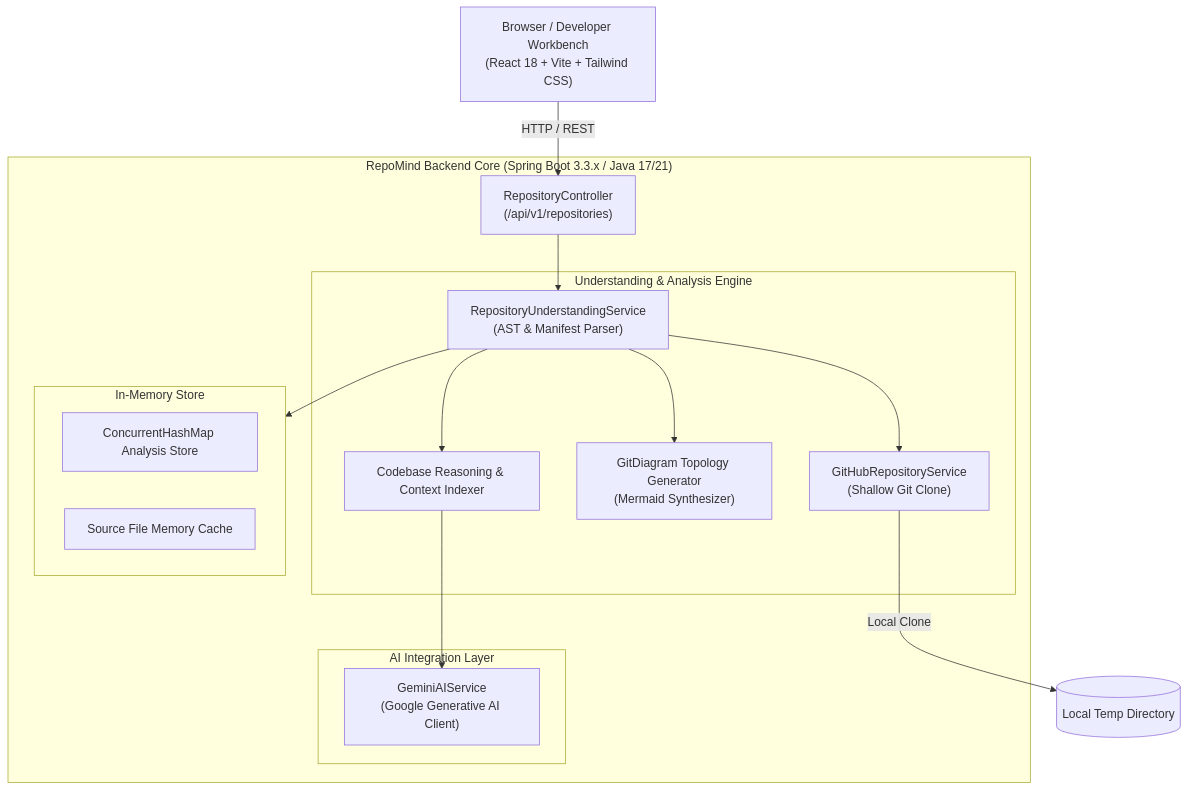
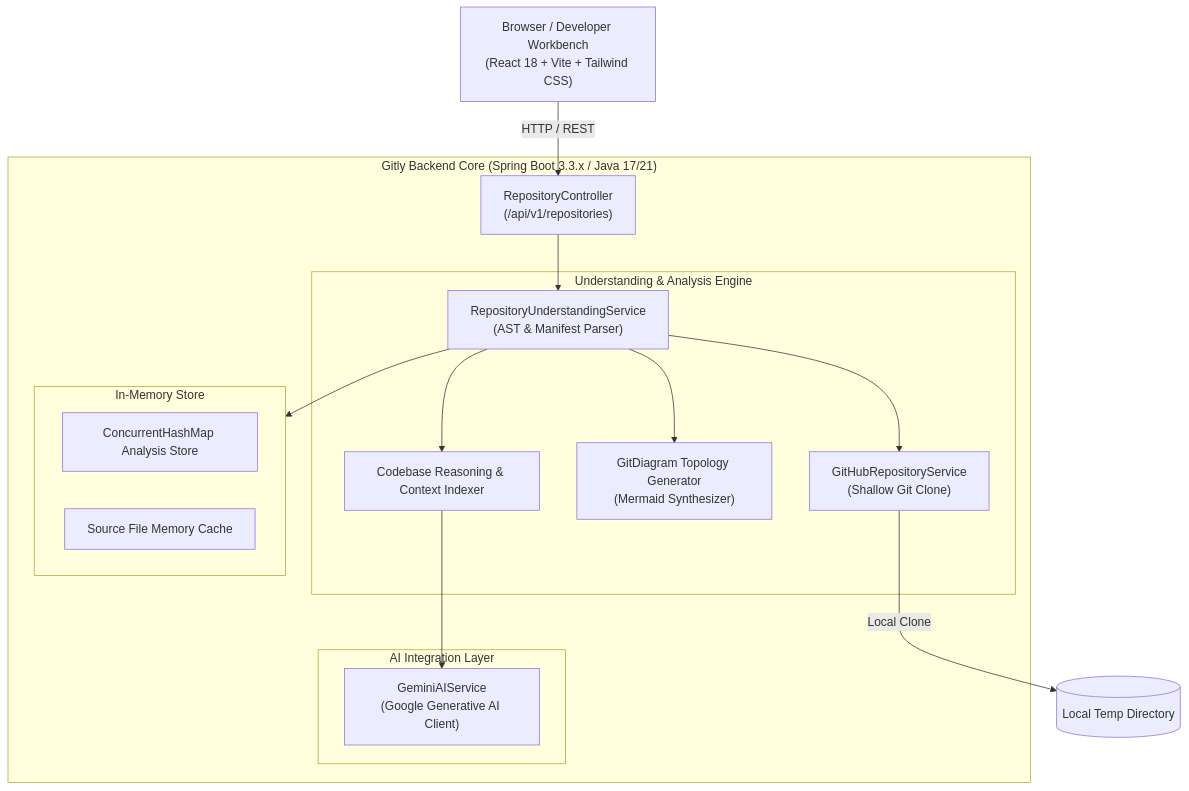
One commit to Pranay898/AI_Repo_mind changed the diagram in README.md. Above: the diagram before and after it, drawn with Mermaid. The commit also changed other lines of this file and 10 other files, not shown here.

````diff
--- a/README.md
+++ b/README.md
@@ -49,33 +47,33 @@
 ```mermaid
 flowchart TB
     Client["Browser / Developer Workbench\n(React 18 + Vite + Tailwind CSS)"]
 
-    subgraph Backend ["RepoMind Backend Core (Spring Boot 3.3.x / Java 17/21)"]
+    subgraph Backend ["Gitly Backend Core (Spring Boot 3.3.x / Java 17/21)"]
         Controller["RepositoryController\n(/api/v1/repositories)"]
         
         subgraph Engine ["Understanding & Analysis Engine"]
             GitService["GitHubRepositoryService\n(Shallow Git Clone)"]
             Understanding["RepositoryUnderstandingService\n(AST & Manifest Parser)"]
             TopologyBuilder["GitDiagram Topology Generator\n(Mermaid Synthesizer)"]
             RAGEngine["Codebase Reasoning & Context Indexer"]
         end
 
         subgraph AIService ["AI Integration Layer"]
             GeminiClient["GeminiAIService\n(Google Generative AI Client)"]
         end
 
         subgraph InMemStore ["In-Memory Store"]
             AnalysisCache["ConcurrentHashMap Analysis Store"]
             FileCache["Source File Memory Cache"]
         end
     end
 
     Client -->|HTTP / REST| Controller
     Controller --> Understanding
     Understanding --> GitService
     Understanding --> TopologyBuilder
     Understanding --> RAGEngine
     RAGEngine --> GeminiClient
     Understanding --> InMemStore
     GitService -->|Local Clone| TempFS[("Local Temp Directory")]
 ```
````
